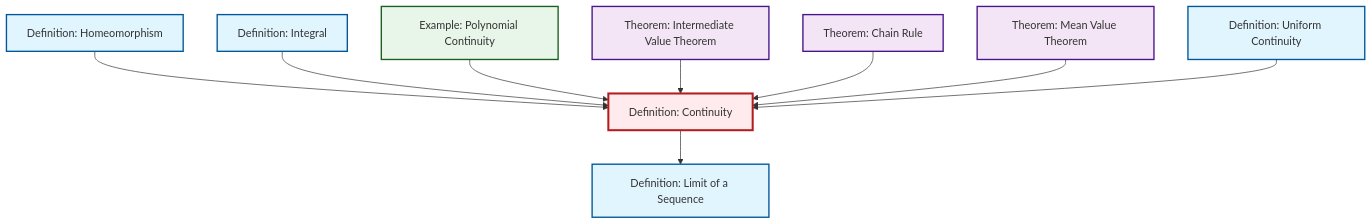
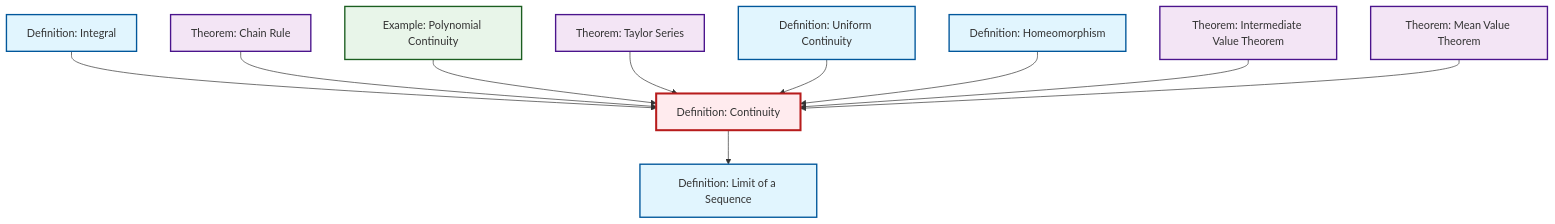
The diagram in content/en/analysis/def-continuity.qmd (RK0429/ModernMath), drawn with Mermaid before and after one commit. The commit also changed 497 other files, not shown here.

````diff
--- a/content/en/analysis/def-continuity.qmd
+++ b/content/en/analysis/def-continuity.qmd
@@ -57,35 +57,38 @@
 ```{mermaid}
 %%| fig-cap: "Local dependency graph"
 graph TD
     classDef definition fill:#e1f5fe,stroke:#01579b,stroke-width:2px
     classDef theorem fill:#f3e5f5,stroke:#4a148c,stroke-width:2px
     classDef axiom fill:#fff3e0,stroke:#e65100,stroke-width:2px
     classDef example fill:#e8f5e9,stroke:#1b5e20,stroke-width:2px
     classDef current fill:#ffebee,stroke:#b71c1c,stroke-width:3px
-    thm-chain-rule["Theorem: Chain Rule"]:::theorem
+    def-uniform-continuity["Definition: Uniform Continuity"]:::definition
+    def-limit["Definition: Limit of a Sequence"]:::definition
     thm-mean-value["Theorem: Mean Value Theorem"]:::theorem
-    ex-polynomial-continuity["Example: Polynomial Continuity"]:::example
-    def-uniform-continuity["Definition: Uniform Continuity"]:::definition
     def-homeomorphism["Definition: Homeomorphism"]:::definition
     thm-intermediate-value["Theorem: Intermediate Value Theorem"]:::theorem
     def-continuity["Definition: Continuity"]:::definition
-    def-limit["Definition: Limit of a Sequence"]:::definition
     def-integral["Definition: Integral"]:::definition
+    thm-chain-rule["Theorem: Chain Rule"]:::theorem
+    ex-polynomial-continuity["Example: Polynomial Continuity"]:::example
+    thm-taylor-series["Theorem: Taylor Series"]:::theorem
+    def-integral --> def-continuity
+    thm-chain-rule --> def-continuity
+    ex-polynomial-continuity --> def-continuity
+    thm-taylor-series --> def-continuity
+    def-uniform-continuity --> def-continuity
+    def-continuity --> def-limit
     def-homeomorphism --> def-continuity
-    def-integral --> def-continuity
-    def-continuity --> def-limit
-    ex-polynomial-continuity --> def-continuity
     thm-intermediate-value --> def-continuity
-    thm-chain-rule --> def-continuity
     thm-mean-value --> def-continuity
-    def-uniform-continuity --> def-continuity
     class def-continuity current
-    click thm-chain-rule "thm-chain-rule.html" "Go to Chain Rule theorem"
+    click def-uniform-continuity "def-uniform-continuity.html" "Go to Uniform Continuity definition"
+    click def-limit "def-limit.html" "Go to Limit of a Sequence definition"
     click thm-mean-value "thm-mean-value.html" "Go to Mean Value Theorem theorem"
-    click ex-polynomial-continuity "ex-polynomial-continuity.html" "Go to Polynomial Continuity example"
-    click def-uniform-continuity "def-uniform-continuity.html" "Go to Uniform Continuity definition"
     click def-homeomorphism "def-homeomorphism.html" "Go to Homeomorphism definition"
     click thm-intermediate-value "thm-intermediate-value.html" "Go to Intermediate Value Theorem theorem"
-    click def-limit "def-limit.html" "Go to Limit of a Sequence definition"
     click def-integral "def-integral.html" "Go to Integral definition"
+    click thm-chain-rule "thm-chain-rule.html" "Go to Chain Rule theorem"
+    click ex-polynomial-continuity "ex-polynomial-continuity.html" "Go to Polynomial Continuity example"
+    click thm-taylor-series "thm-taylor-series.html" "Go to Taylor Series theorem"
 ```
````
